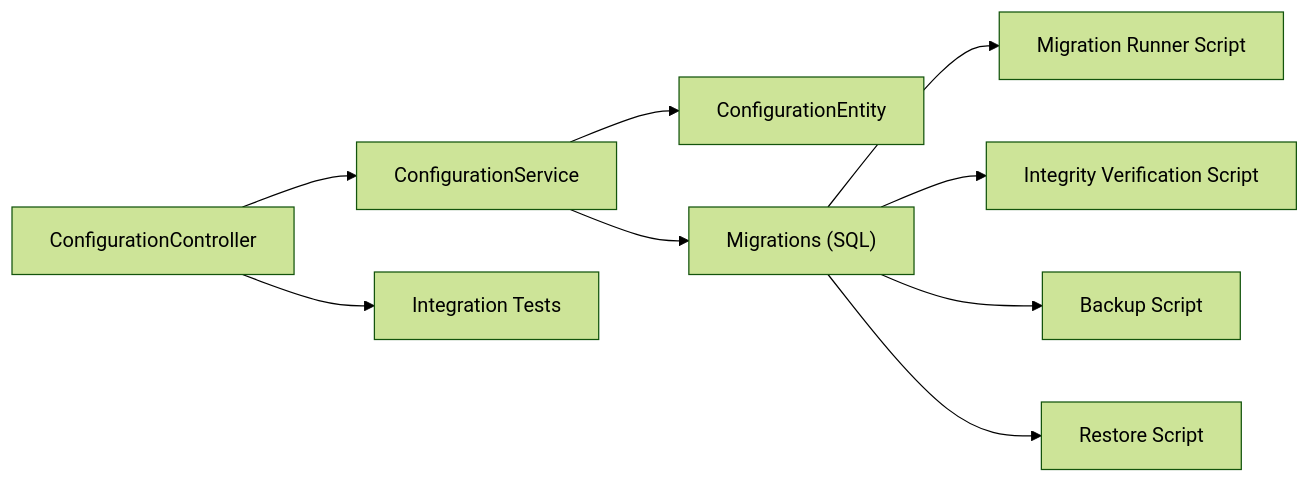
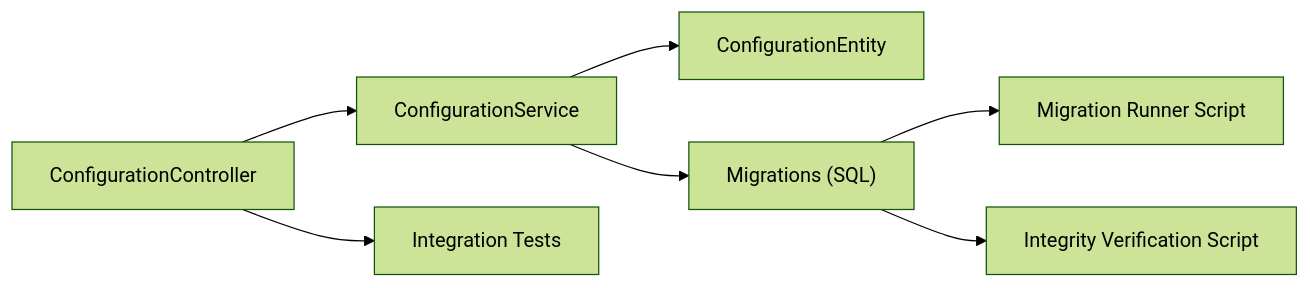
Before and after one commit to franckylab/eLISAschool: the fifth of 5 diagrams in .qoder/repowiki/en/content/Core Systems/Configuration Management.md, drawn with Mermaid (forest theme). The commit also changed other lines of this file and 39 other files, not shown here.

````diff
--- a/.qoder/repowiki/en/content/Core Systems/Configuration Management.md
+++ b/.qoder/repowiki/en/content/Core Systems/Configuration Management.md
@@ -425,11 +402,9 @@
 ```mermaid
 graph LR
 Controller["ConfigurationController"] --> Service["ConfigurationService"]
 Service --> Entity["ConfigurationEntity"]
 Service --> Migrations["Migrations (SQL)"]
 Controller --> Tests["Integration Tests"]
 Migrations --> Runner["Migration Runner Script"]
 Migrations --> Integrity["Integrity Verification Script"]
-Migrations --> Backup["Backup Script"]
-Migrations --> Restore["Restore Script"]
 ```
````
